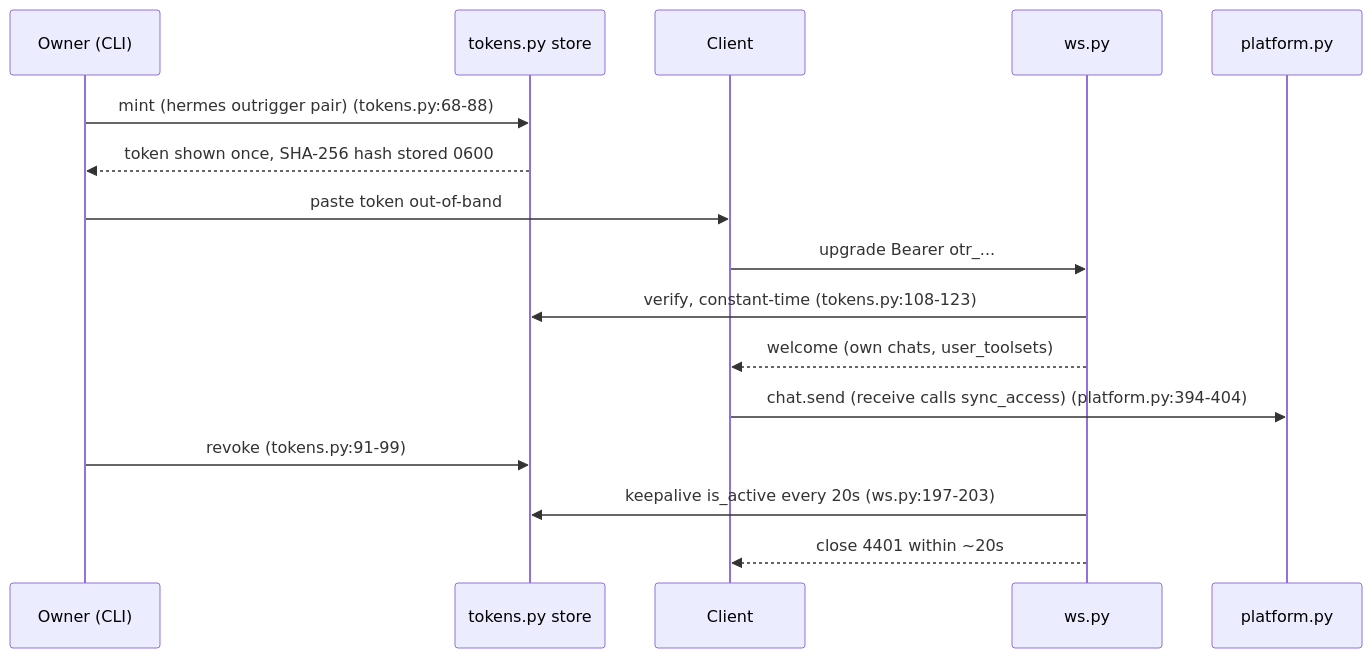
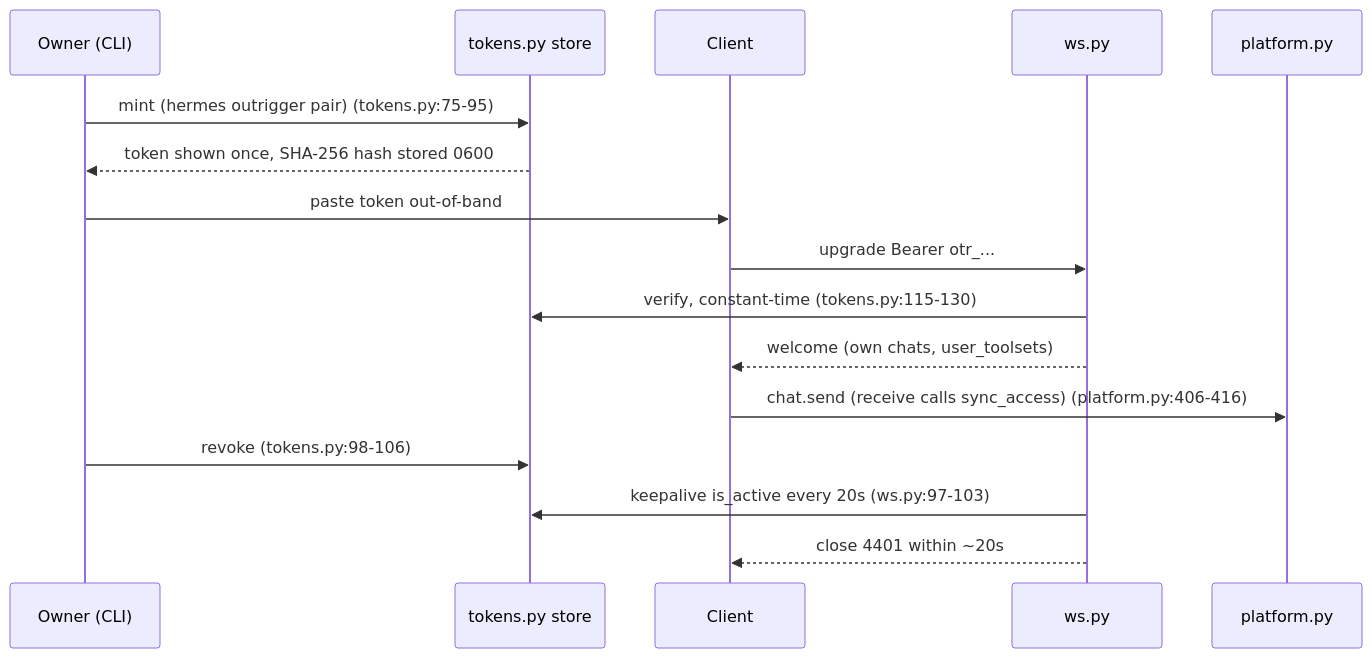
One commit to codepilots/hermes-outrigger changed the third of 6 diagrams in AUDIT.md. Above: the diagram before and after it, drawn with Mermaid. The commit also changed other lines of this file and 20 other files, not shown here.

````diff
--- a/AUDIT.md
+++ b/AUDIT.md
@@ -142,18 +144,18 @@
 ```mermaid
 sequenceDiagram
   participant O as Owner (CLI)
   participant T as tokens.py store
   participant C as Client
   participant W as ws.py
   participant P as platform.py
-  O->>T: mint (hermes outrigger pair) (tokens.py:68-88)
+  O->>T: mint (hermes outrigger pair) (tokens.py:75-95)
   T-->>O: token shown once, SHA-256 hash stored 0600
   O->>C: paste token out-of-band
   C->>W: upgrade Bearer otr_...
-  W->>T: verify, constant-time (tokens.py:108-123)
+  W->>T: verify, constant-time (tokens.py:115-130)
   W-->>C: welcome (own chats, user_toolsets)
-  C->>P: chat.send (receive calls sync_access) (platform.py:394-404)
-  O->>T: revoke (tokens.py:91-99)
-  W->>T: keepalive is_active every 20s (ws.py:197-203)
+  C->>P: chat.send (receive calls sync_access) (platform.py:406-416)
+  O->>T: revoke (tokens.py:98-106)
+  W->>T: keepalive is_active every 20s (ws.py:97-103)
   W-->>C: close 4401 within ~20s
 ```
````
